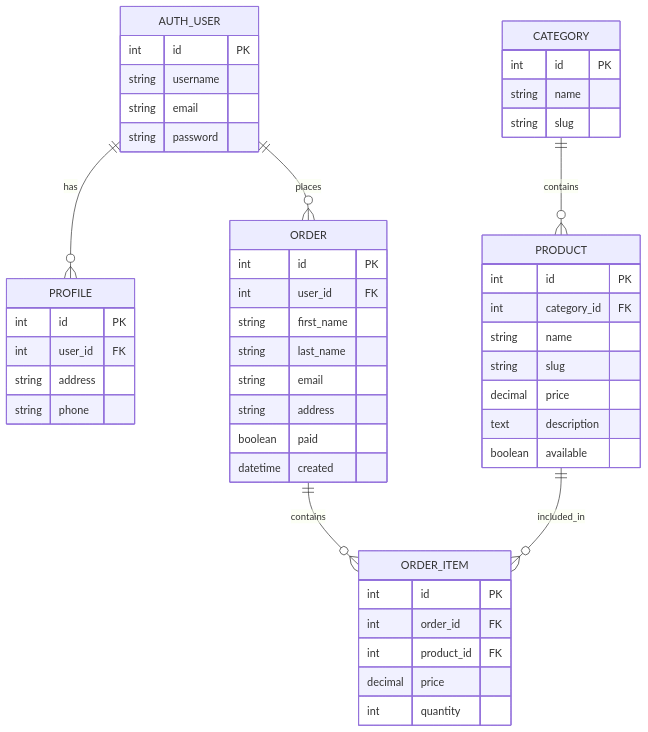
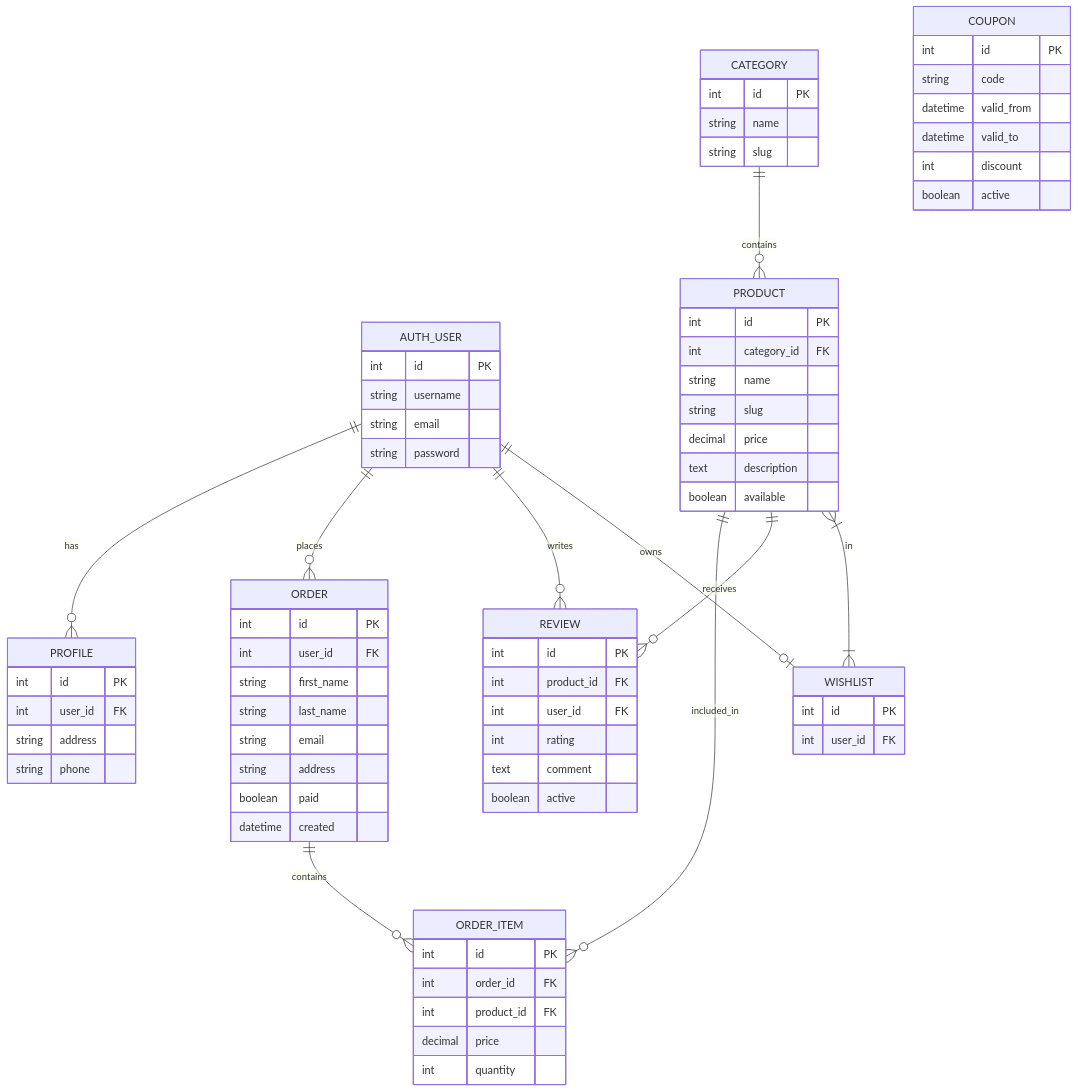
Before and after one commit to estebanhirzfeld/ecommerce_project: the diagram in docs/er.mmd, drawn with Mermaid. The commit also changed 4 other files, not shown here.

```diff
--- a/docs/er.mmd
+++ b/docs/er.mmd
@@ -1,55 +1,82 @@
 erDiagram
     AUTH_USER ||--o{ PROFILE : has
     AUTH_USER ||--o{ ORDER : places
+    AUTH_USER ||--o{ REVIEW : writes
+    AUTH_USER ||--o| WISHLIST : owns
     CATEGORY ||--o{ PRODUCT : contains
     PRODUCT ||--o{ ORDER_ITEM : included_in
+    PRODUCT ||--o{ REVIEW : receives
+    PRODUCT }|--|{ WISHLIST : in
     ORDER ||--o{ ORDER_ITEM : contains
 
     AUTH_USER {
         int id PK
         string username
         string email
         string password
     }
 
     PROFILE {
         int id PK
         int user_id FK
         string address
         string phone
     }
 
     CATEGORY {
         int id PK
         string name
         string slug
     }
 
     PRODUCT {
         int id PK
         int category_id FK
         string name
         string slug
         decimal price
         text description
         boolean available
     }
 
+    REVIEW {
+        int id PK
+        int product_id FK
+        int user_id FK
+        int rating
+        text comment
+        boolean active
+    }
+
+    WISHLIST {
+        int id PK
+        int user_id FK
+    }
+
+    COUPON {
+        int id PK
+        string code
+        datetime valid_from
+        datetime valid_to
+        int discount
+        boolean active
+    }
+
     ORDER {
         int id PK
         int user_id FK
         string first_name
         string last_name
         string email
         string address
         boolean paid
         datetime created
     }
 
     ORDER_ITEM {
         int id PK
         int order_id FK
         int product_id FK
         decimal price
         int quantity
     }
```
